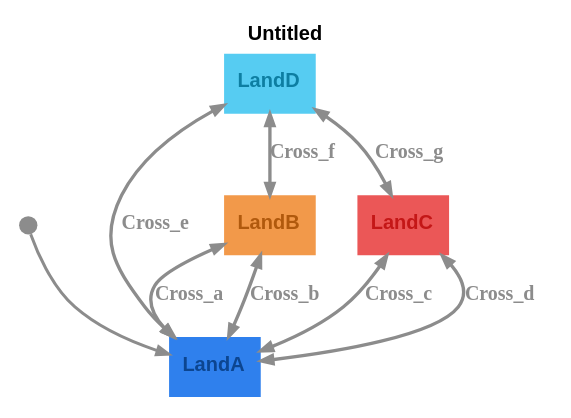
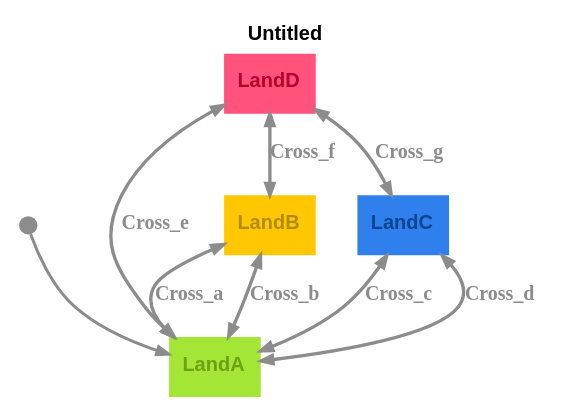
The diagram in graphs/bridges-koenigsberg.dot (m-bock/purescript-transit), drawn with Graphviz before and after one commit. The commit also changed 17 other files, not shown here.

```diff
--- a/graphs/bridges-koenigsberg.dot
+++ b/graphs/bridges-koenigsberg.dot
@@ -1,17 +1,17 @@
 digraph 
 {
 rankdir = "TD";fontname = "Arial";label = <<b>Untitled</b>>;labelloc = "t";fontsize = 12;bgcolor = "#ffffff"
-LandA [shape = "box", label = <<b>LandA</b>>, fontsize = 12, style = "filled", fillcolor = "#2f80ed", fontcolor = "#0c4590", fontname = "Arial", labelloc = "c", penwidth = 0.0]
+LandA [shape = "box", label = <<b>LandA</b>>, fontsize = 12, style = "filled", fillcolor = "#a3e635", fontcolor = "#6ca114", fontname = "Arial", labelloc = "c", penwidth = 0.0]
 __Start__ [shape = "circle", label = "", width = 0.15, height = 0.15, fixedsize = true, style = "filled", fillcolor = "#8c8c8c", penwidth = 0.0]
 __Start__ -> LandA [color = "#8c8c8c", fontsize = 12, arrowsize = "0.7", penwidth = 1.8]
-LandB [shape = "box", label = <<b>LandB</b>>, fontsize = 12, style = "filled", fillcolor = "#f2994a", fontcolor = "#b0590d", fontname = "Arial", labelloc = "c", penwidth = 0.0]
+LandB [shape = "box", label = <<b>LandB</b>>, fontsize = 12, style = "filled", fillcolor = "#ffc700", fontcolor = "#b38b00", fontname = "Arial", labelloc = "c", penwidth = 0.0]
 LandB -> LandA [color = "#8c8c8c", fontcolor = "#8c8c8c", fontsize = 12, label = <<b>Cross_a</b>>, arrowsize = "1.5", penwidth = 2.0, dir = "both", arrowsize = "0.7"]
 LandB -> LandA [color = "#8c8c8c", fontcolor = "#8c8c8c", fontsize = 12, label = <<b>Cross_b</b>>, arrowsize = "1.5", penwidth = 2.0, dir = "both", arrowsize = "0.7"]
-LandC [shape = "box", label = <<b>LandC</b>>, fontsize = 12, style = "filled", fillcolor = "#eb5757", fontcolor = "#c41717", fontname = "Arial", labelloc = "c", penwidth = 0.0]
+LandC [shape = "box", label = <<b>LandC</b>>, fontsize = 12, style = "filled", fillcolor = "#2f80ed", fontcolor = "#0c4590", fontname = "Arial", labelloc = "c", penwidth = 0.0]
 LandC -> LandA [color = "#8c8c8c", fontcolor = "#8c8c8c", fontsize = 12, label = <<b>Cross_c</b>>, arrowsize = "1.5", penwidth = 2.0, dir = "both", arrowsize = "0.7"]
 LandC -> LandA [color = "#8c8c8c", fontcolor = "#8c8c8c", fontsize = 12, label = <<b>Cross_d</b>>, arrowsize = "1.5", penwidth = 2.0, dir = "both", arrowsize = "0.7"]
-LandD [shape = "box", label = <<b>LandD</b>>, fontsize = 12, style = "filled", fillcolor = "#56ccf2", fontcolor = "#0d7ea2", fontname = "Arial", labelloc = "c", penwidth = 0.0]
+LandD [shape = "box", label = <<b>LandD</b>>, fontsize = 12, style = "filled", fillcolor = "#ff527c", fontcolor = "#b8002c", fontname = "Arial", labelloc = "c", penwidth = 0.0]
 LandD -> LandA [color = "#8c8c8c", fontcolor = "#8c8c8c", fontsize = 12, label = <<b>Cross_e</b>>, arrowsize = "1.5", penwidth = 2.0, dir = "both", arrowsize = "0.7"]
 LandD -> LandB [color = "#8c8c8c", fontcolor = "#8c8c8c", fontsize = 12, label = <<b>Cross_f</b>>, arrowsize = "1.5", penwidth = 2.0, dir = "both", arrowsize = "0.7"]
 LandD -> LandC [color = "#8c8c8c", fontcolor = "#8c8c8c", fontsize = 12, label = <<b>Cross_g</b>>, arrowsize = "1.5", penwidth = 2.0, dir = "both", arrowsize = "0.7"]
 }
```
